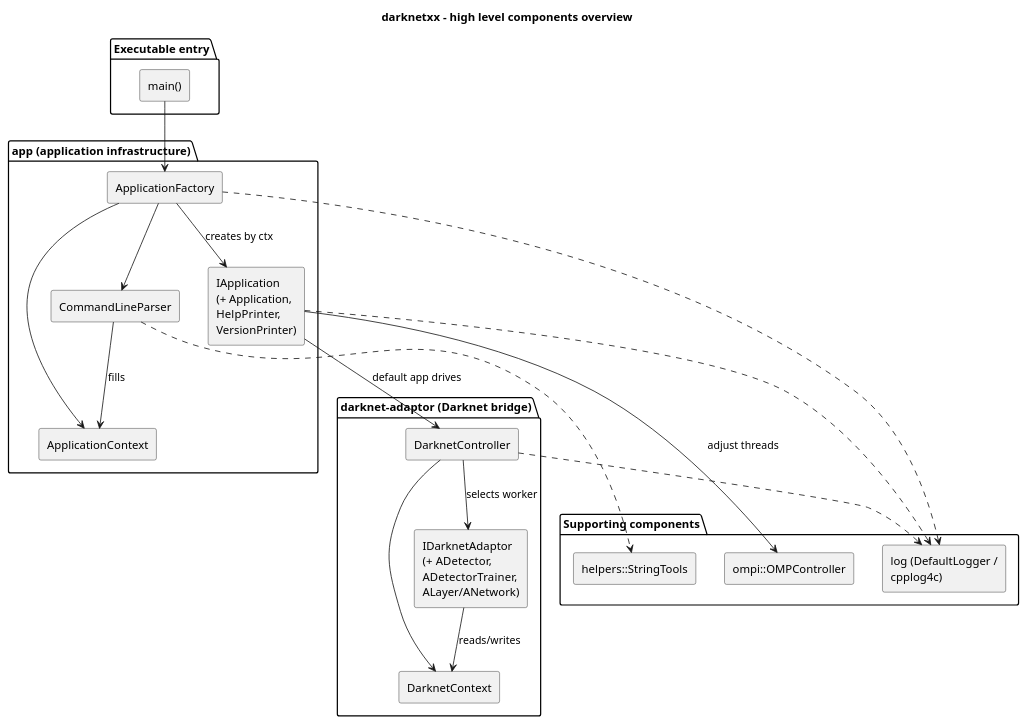
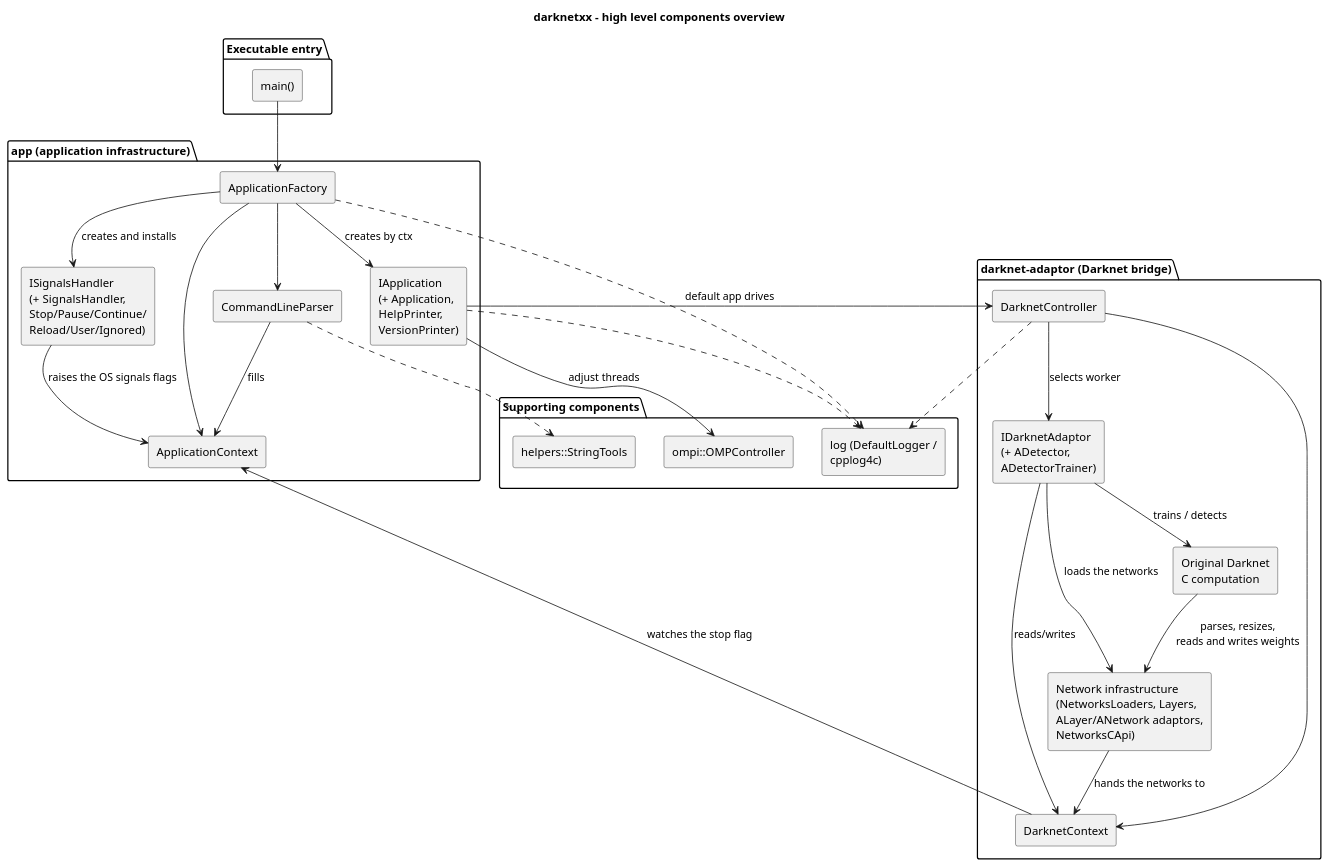
Before and after one commit to yuriysydor1991/darknetxx: the diagram in doc/diagrams/components-overview.puml, drawn with PlantUML. The commit also changed 493 other files, not shown here.

```diff
--- a/doc/diagrams/components-overview.puml
+++ b/doc/diagrams/components-overview.puml
@@ -1,45 +1,55 @@
 @startuml components-overview
 title darknetxx - high level components overview
 
 skinparam componentStyle rectangle
 skinparam shadowing false
 
 package "Executable entry" {
   [main()] as main
 }
 
 package "app (application infrastructure)" {
   [ApplicationFactory] as factory
   [CommandLineParser] as parser
   [ApplicationContext] as ctx
   [IApplication\n(+ Application,\nHelpPrinter,\nVersionPrinter)] as iapp
+  [ISignalsHandler\n(+ SignalsHandler,\nStop/Pause/Continue/\nReload/User/Ignored)] as signals
 }
 
 package "darknet-adaptor (Darknet bridge)" {
   [DarknetController] as dctrl
   [DarknetContext] as dctx
-  [IDarknetAdaptor\n(+ ADetector,\nADetectorTrainer,\nALayer/ANetwork)] as adaptor
+  [IDarknetAdaptor\n(+ ADetector,\nADetectorTrainer)] as adaptor
+  [Network infrastructure\n(NetworksLoaders, Layers,\nALayer/ANetwork adaptors,\nNetworksCApi)] as netinfra
+  [Original Darknet\nC computation] as darknetc
 }
 
 package "Supporting components" {
   [ompi::OMPController] as omp
   [log (DefaultLogger /\ncpplog4c)] as log
   [helpers::StringTools] as helpers
 }
 
 main --> factory
 factory --> parser
 factory --> ctx
 factory --> iapp : creates by ctx
+factory --> signals : creates and installs
+signals --> ctx : raises the OS signals flags
 parser --> ctx : fills
 iapp --> dctrl : default app drives
 iapp --> omp : adjust threads
 dctrl --> dctx
+dctx --> ctx : watches the stop flag
 dctrl --> adaptor : selects worker
 adaptor --> dctx : reads/writes
+adaptor --> netinfra : loads the networks
+netinfra --> dctx : hands the networks to
+adaptor --> darknetc : trains / detects
+darknetc --> netinfra : parses, resizes,\nreads and writes weights
 factory ..> log
 iapp ..> log
 dctrl ..> log
 parser ..> helpers
 
 @enduml
```
